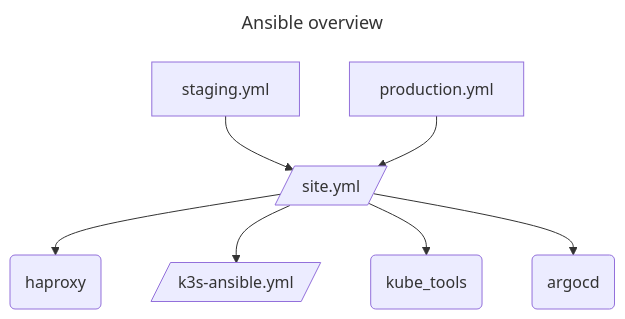
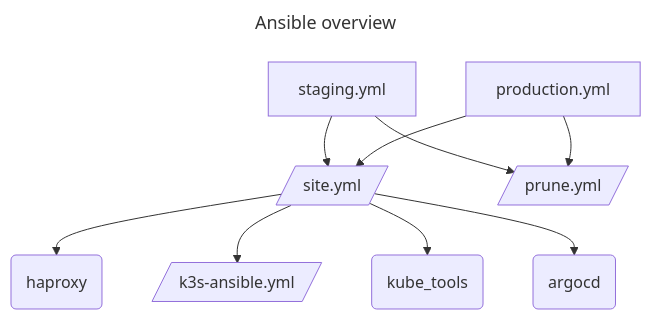
One commit to ruegerj/devops changed the seventh of 7 diagrams in DOCUMENTATION.md. Above: the diagram before and after it, drawn with Mermaid. The commit also changed other lines of this file and 2 other files, not shown here.

Commit message:
feat: add prune script

````diff
--- a/DOCUMENTATION.md
+++ b/DOCUMENTATION.md
@@ -552,23 +552,25 @@
 ```mermaid
 ---
 title: Ansible overview
 ---
 flowchart TD
     staging_inventory[staging.yml]
     production_inventory[production.yml]
     site[/site.yml/]
+    prune[/prune.yml/]
     k3s-ansible[/k3s-ansible.yml/]
     argocd(argocd)
     haproxy(haproxy)
     kube_tools(kube_tools)
 
 
 
     staging_inventory --> site
     production_inventory --> site
+    staging_inventory --> prune
+    production_inventory --> prune
     site --> haproxy
     site --> k3s-ansible
     site --> kube_tools
     site --> argocd
-
 ```
````
